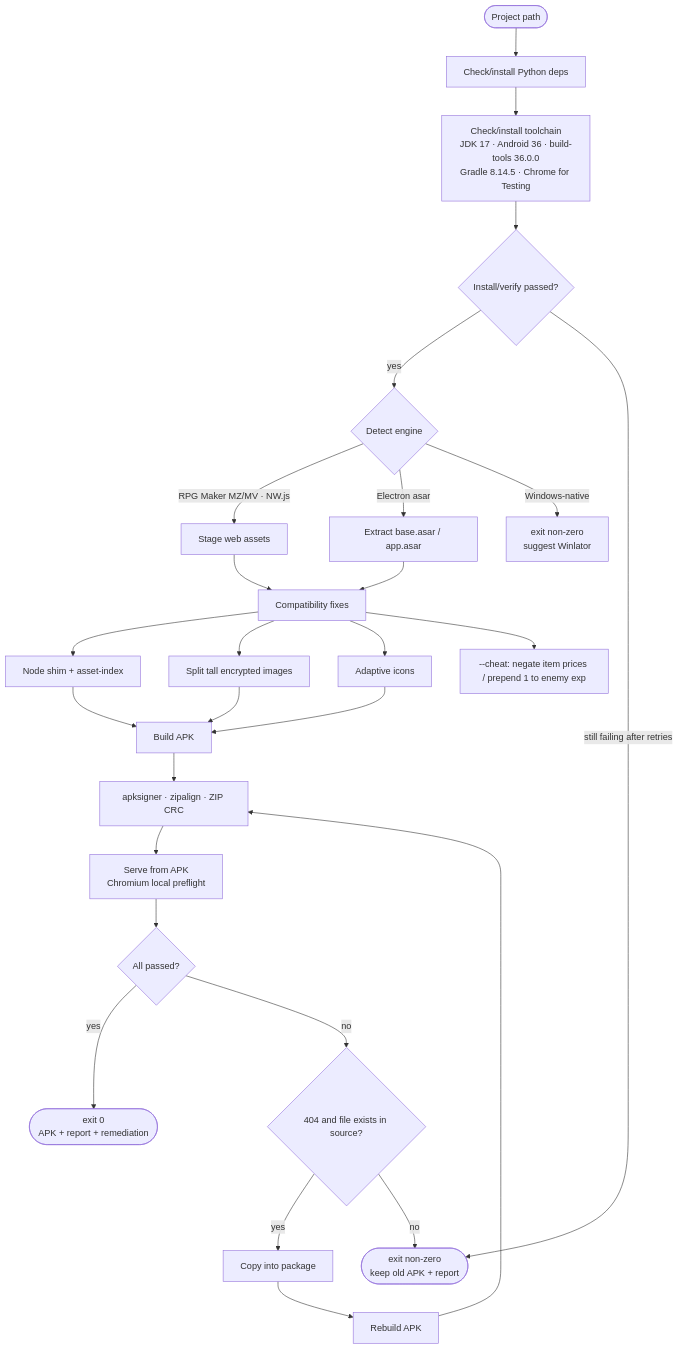
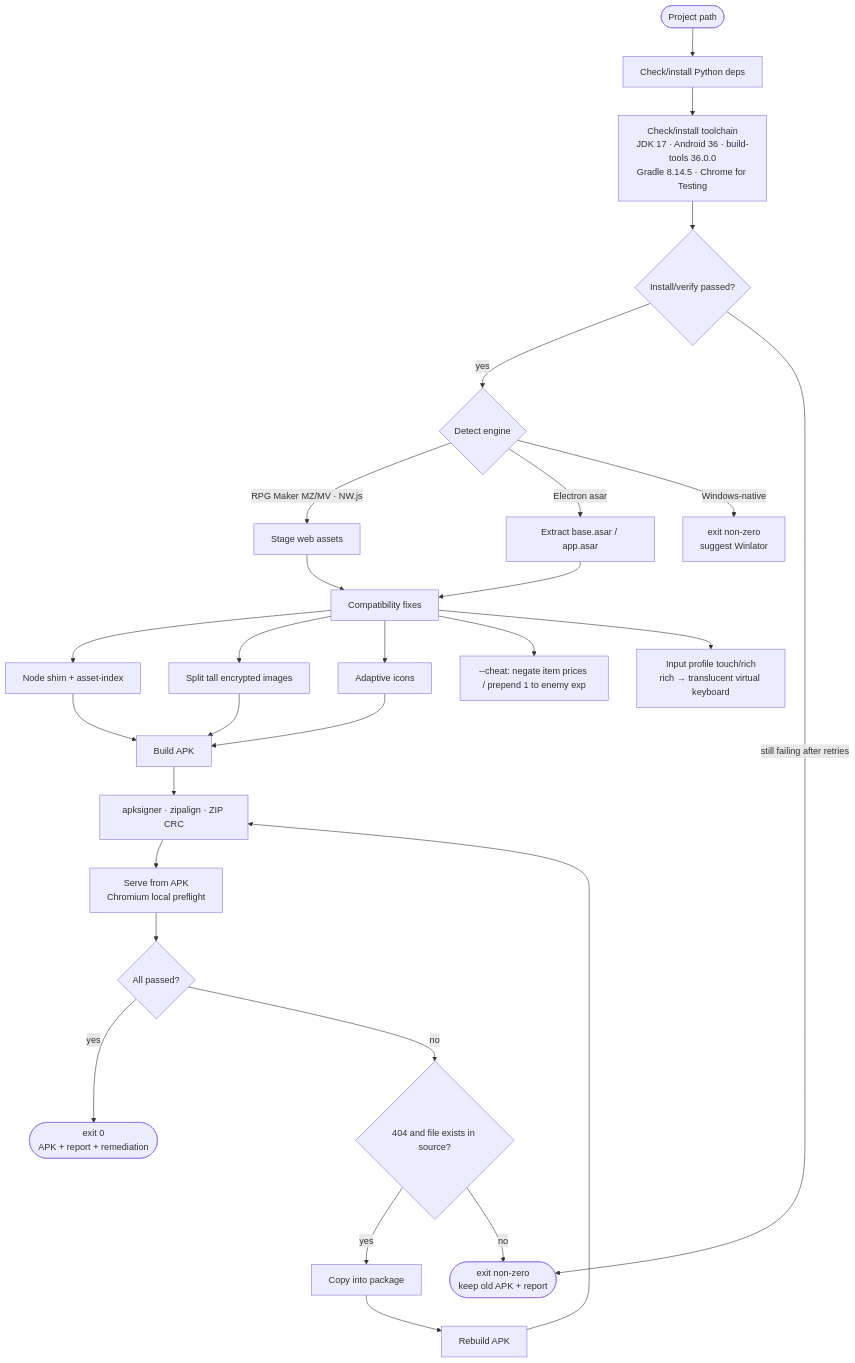
One commit to SpellingDragon/pc2android changed the diagram in README.en.md. Above: the diagram before and after it, drawn with Mermaid. The commit also changed other lines of this file and 3 other files, not shown here.

First line of the commit message:
Add input profiles and a translucent virtual keyboard for rich-input games

````diff
--- a/README.en.md
+++ b/README.en.md
@@ -51,29 +51,30 @@
 ```mermaid
 flowchart TD
     A(["Project path"]) --> B["Check/install Python deps"]
     B --> C["Check/install toolchain<br/>JDK 17 · Android 36 · build-tools 36.0.0<br/>Gradle 8.14.5 · Chrome for Testing"]
     C --> C1{"Install/verify passed?"}
     C1 -->|"yes"| D{"Detect engine"}
     C1 -->|"still failing after retries"| Z(["exit non-zero<br/>keep old APK + report"])
     D -->|"RPG Maker MZ/MV · NW.js"| E["Stage web assets"]
     D -->|"Electron asar"| F["Extract base.asar / app.asar"]
     D -->|"Windows-native"| X["exit non-zero<br/>suggest Winlator"]
     E --> G["Compatibility fixes"]
     F --> G
     G --> G1["Node shim + asset-index"]
     G --> G2["Split tall encrypted images"]
     G --> G3["Adaptive icons"]
     G --> G4["--cheat: negate item prices / prepend 1 to enemy exp"]
+    G --> G5["Input profile touch/rich<br/>rich → translucent virtual keyboard"]
     G1 --> H["Build APK"]
     G2 --> H
     G3 --> H
     H --> I["apksigner · zipalign · ZIP CRC"]
     I --> J["Serve from APK<br/>Chromium local preflight"]
     J --> K{"All passed?"}
     K -->|"yes"| L(["exit 0<br/>APK + report + remediation"])
     K -->|"no"| M{"404 and file exists in source?"}
     M -->|"yes"| O["Copy into package"]
     M -->|"no"| Z
     O --> P["Rebuild APK"]
     P --> I
 ```
````
